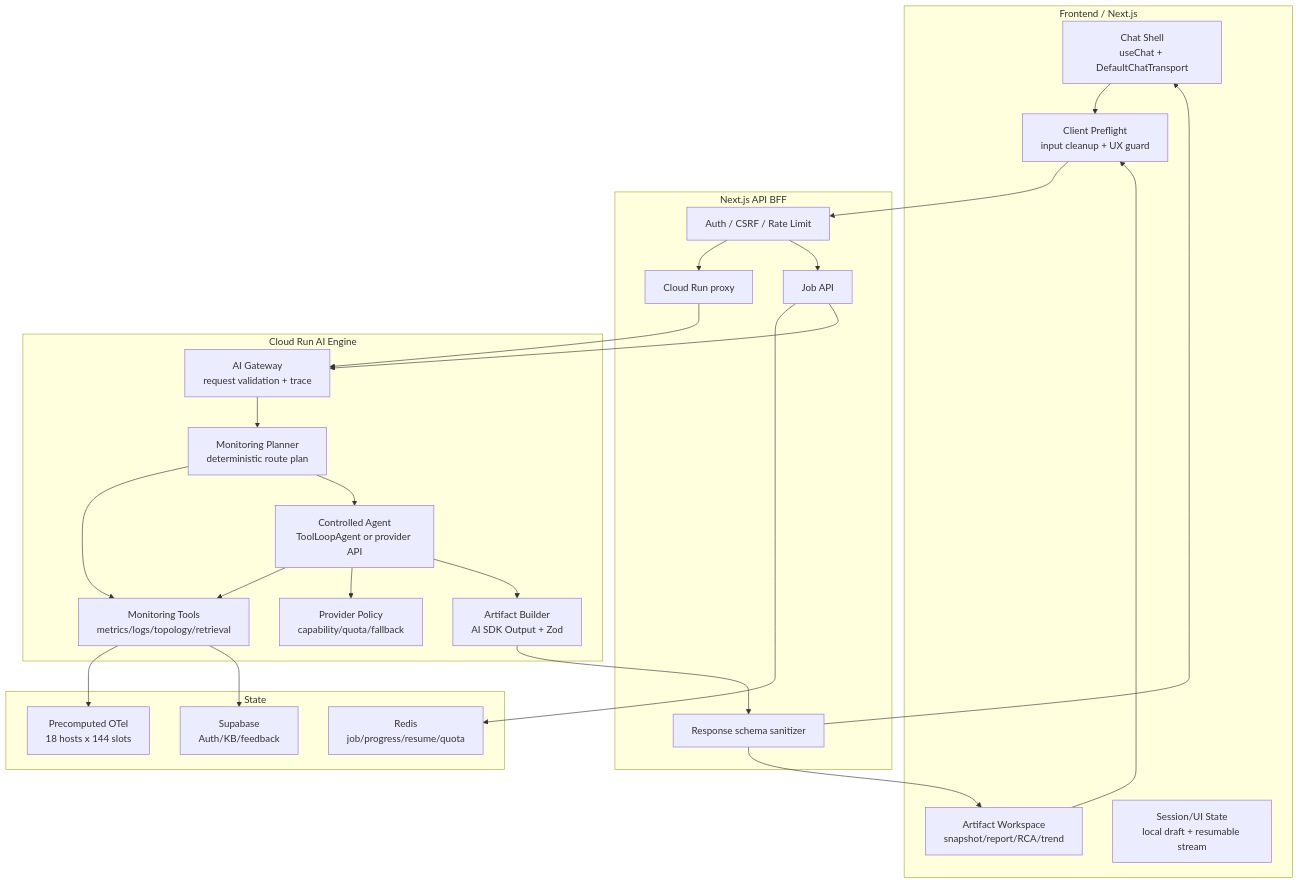
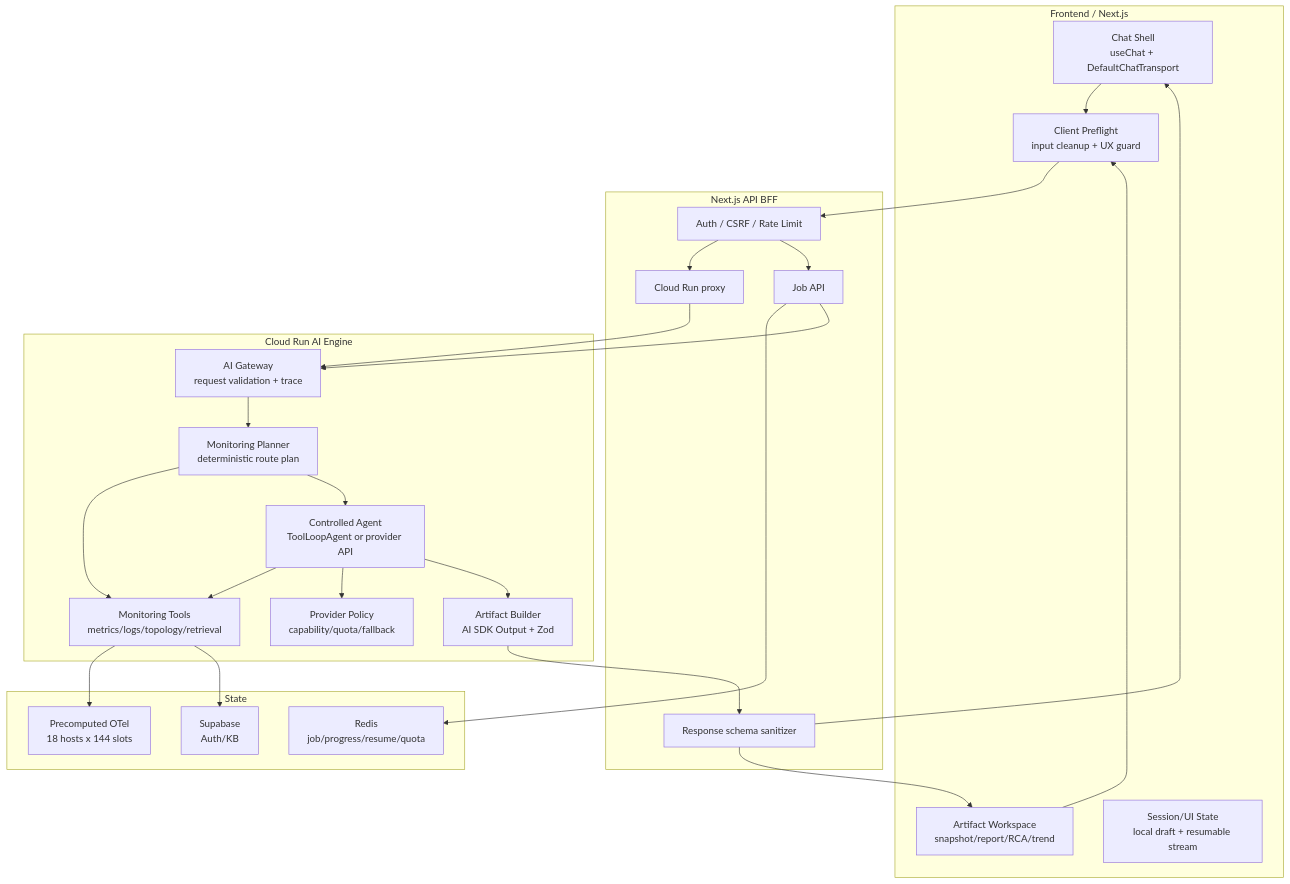
Before and after one commit to skyasu2/openmanager-ai: the second of 2 diagrams in docs/reference/architecture/ai/ai-assistant-initial-design-comparison.md, drawn with Mermaid. The commit also changed other lines of this file and 41 other files, not shown here.

````diff
--- a/docs/reference/architecture/ai/ai-assistant-initial-design-comparison.md
+++ b/docs/reference/architecture/ai/ai-assistant-initial-design-comparison.md
@@ -310,51 +310,51 @@
 ```mermaid
 flowchart TB
     subgraph FE["Frontend / Next.js"]
         Chat["Chat Shell\nuseChat + DefaultChatTransport"]
         Workspace["Artifact Workspace\nsnapshot/report/RCA/trend"]
         ClientPreflight["Client Preflight\ninput cleanup + UX guard"]
         UXState["Session/UI State\nlocal draft + resumable stream"]
     end
 
     subgraph BFF["Next.js API BFF"]
         Auth["Auth / CSRF / Rate Limit"]
         Proxy["Cloud Run proxy"]
         JobAPI["Job API"]
         Contract["Response schema sanitizer"]
     end
 
     subgraph BE["Cloud Run AI Engine"]
         Gateway["AI Gateway\nrequest validation + trace"]
         Planner["Monitoring Planner\ndeterministic route plan"]
         Tools["Monitoring Tools\nmetrics/logs/topology/retrieval"]
         Agent["Controlled Agent\nToolLoopAgent or provider API"]
         Artifact["Artifact Builder\nAI SDK Output + Zod"]
         Policy["Provider Policy\ncapability/quota/fallback"]
     end
 
     subgraph State["State"]
         Redis["Redis\njob/progress/resume/quota"]
-        Supabase["Supabase\nAuth/KB/feedback"]
+        Supabase["Supabase\nAuth/KB"]
         OTel["Precomputed OTel\n18 hosts x 144 slots"]
     end
 
     Chat --> ClientPreflight
     Workspace --> ClientPreflight
     ClientPreflight --> Auth
     Auth --> Proxy
     Auth --> JobAPI
     Proxy --> Gateway
     JobAPI --> Redis
     JobAPI --> Gateway
     Gateway --> Planner
     Planner --> Tools
     Tools --> OTel
     Tools --> Supabase
     Planner --> Agent
     Agent --> Tools
     Agent --> Policy
     Agent --> Artifact
     Artifact --> Contract
     Contract --> Chat
     Contract --> Workspace
 ```
````
